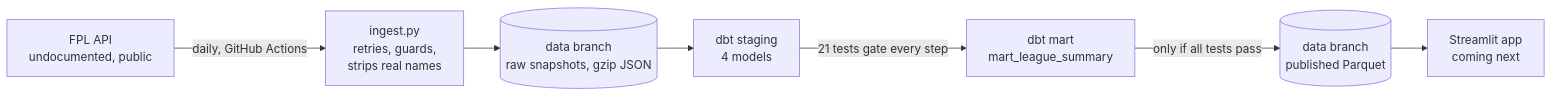
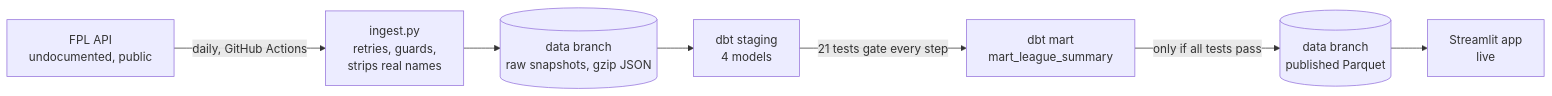
The diagram in README.md (Hesh18/Fpl-Mini-League-Analysis), drawn with Mermaid before and after one commit. The commit also changed other lines of this file and 2 other files, not shown here.

Commit message:
Link the live app in the README and remove the dev container

````diff
--- a/README.md
+++ b/README.md
@@ -12,9 +16,9 @@
 ```mermaid
 flowchart LR
     API["FPL API<br/>undocumented, public"] -->|daily, GitHub Actions| ING["ingest.py<br/>retries, guards,<br/>strips real names"]
     ING --> RAW[("data branch<br/>raw snapshots, gzip JSON")]
     RAW --> STG["dbt staging<br/>4 models"]
     STG -->|21 tests gate every step| MART["dbt mart<br/>mart_league_summary"]
     MART -->|only if all tests pass| PUB[("data branch<br/>published Parquet")]
-    PUB --> APP["Streamlit app<br/>coming next"]
+    PUB --> APP["Streamlit app<br/>live"]
 ```
````
